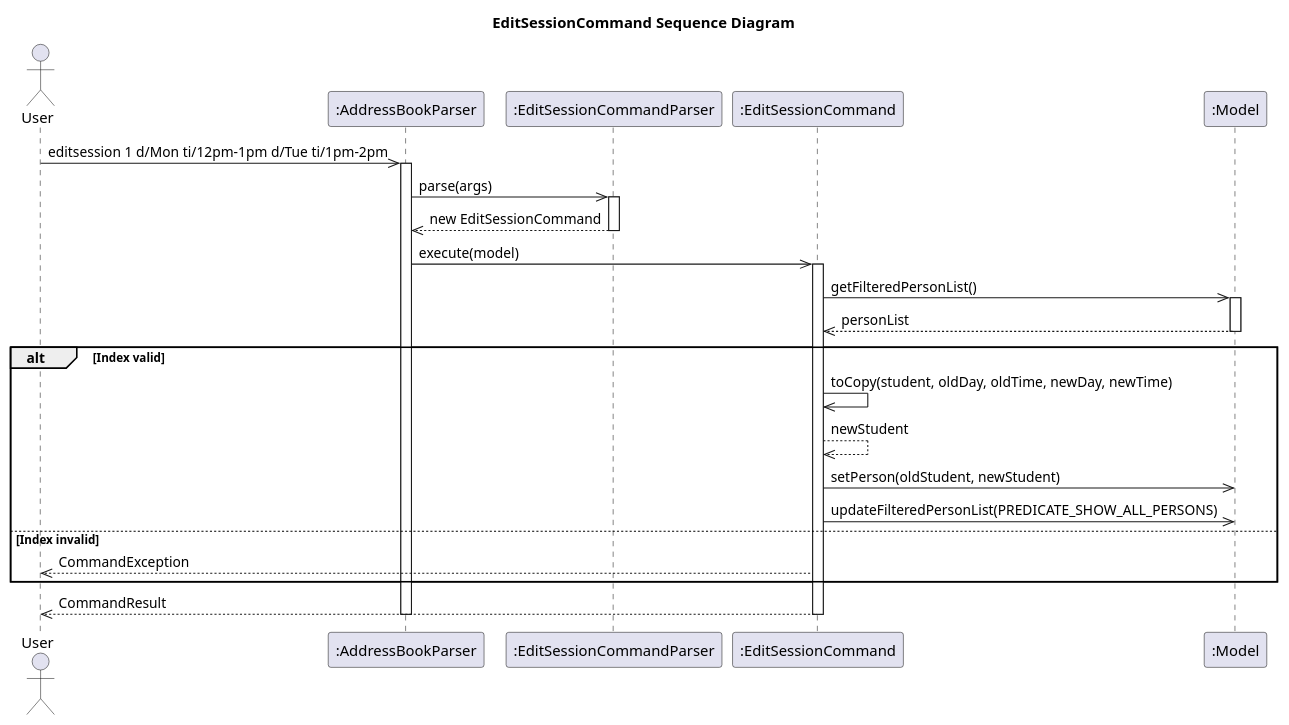
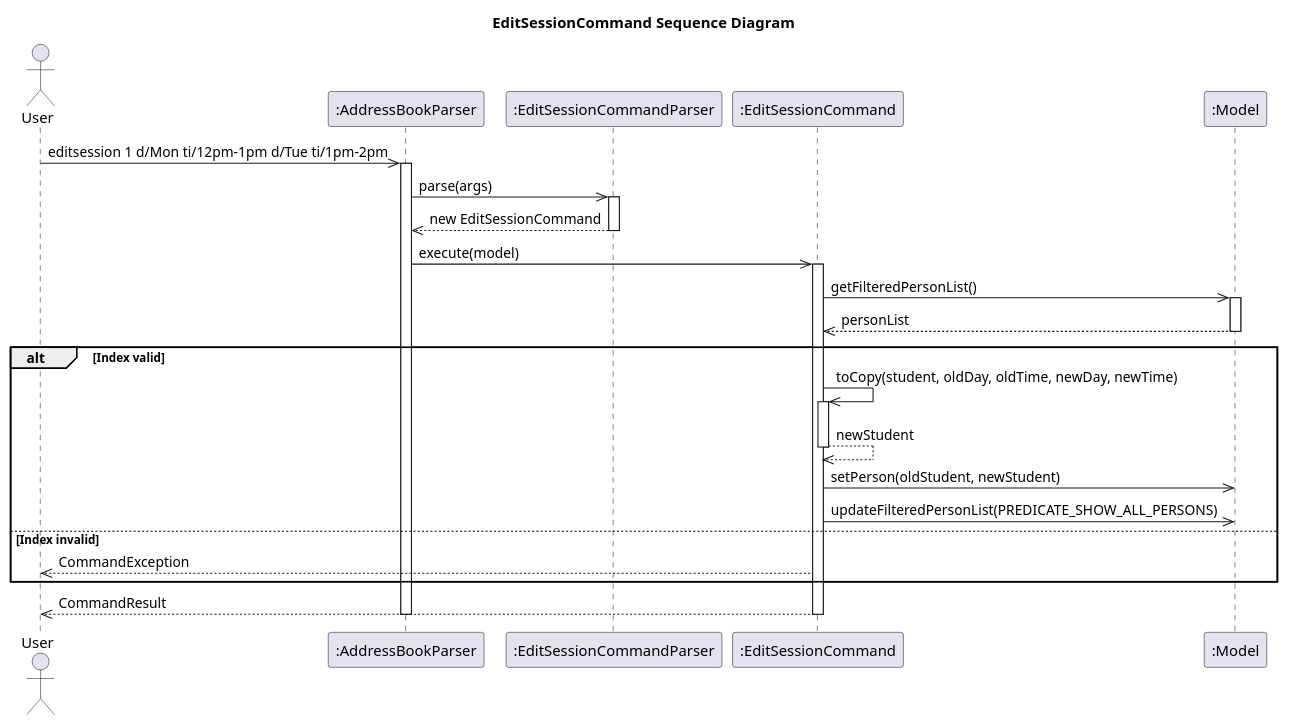
One commit to YHKok/tp changed the diagram in docs/diagrams/EditSessionCommandActivityDiagram.puml. Above: the diagram before and after it, drawn with PlantUML. The commit also changed 2 other files, not shown here.

Commit message:
Update error in sequence diagram in DG

```diff
--- a/docs/diagrams/EditSessionCommandActivityDiagram.puml
+++ b/docs/diagrams/EditSessionCommandActivityDiagram.puml
@@ -1,38 +1,40 @@
 @startuml
 title EditSessionCommand Sequence Diagram
 
 actor User
 participant Parser as ":AddressBookParser"
 participant ESCParser as ":EditSessionCommandParser"
 participant ESC as ":EditSessionCommand"
 participant Model as ":Model"
 
 User ->> Parser : editsession 1 d/Mon ti/12pm-1pm d/Tue ti/1pm-2pm
 activate Parser
 Parser ->> ESCParser : parse(args)
 activate ESCParser
 ESCParser -->> Parser : new EditSessionCommand
 deactivate ESCParser
 
 Parser ->> ESC : execute(model)
 activate ESC
 
 ESC ->> Model : getFilteredPersonList()
 activate Model
 Model -->> ESC : personList
 deactivate Model
 
 alt Index valid
     ESC ->> ESC : toCopy(student, oldDay, oldTime, newDay, newTime)
+    activate ESC
     ESC -->> ESC : newStudent
+    deactivate ESC
     ESC ->> Model : setPerson(oldStudent, newStudent)
     ESC ->> Model : updateFilteredPersonList(PREDICATE_SHOW_ALL_PERSONS)
 else Index invalid
     ESC -->> User : CommandException
 end
 
 ESC -->> User : CommandResult
 deactivate ESC
 deactivate Parser
 
 @enduml
```
